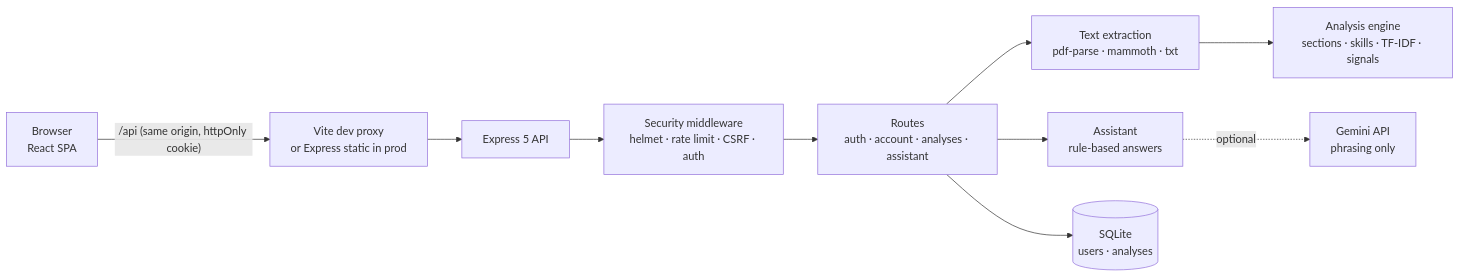
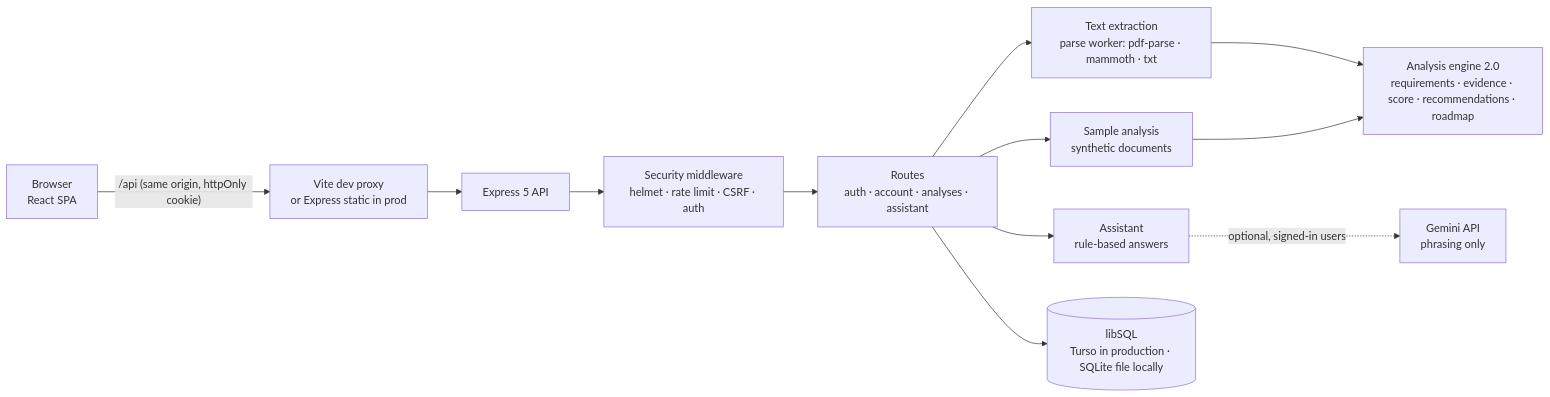
The diagram in docs/ARCHITECTURE.md (Archiit-jain/SKILL-TO-HIRE-V2), drawn with Mermaid before and after one commit. The commit also changed other lines of this file and 25 other files, not shown here.

````diff
--- a/docs/ARCHITECTURE.md
+++ b/docs/ARCHITECTURE.md
@@ -5,12 +5,14 @@
 ```mermaid
 flowchart LR
   B[Browser<br/>React SPA] -- "/api (same origin, httpOnly cookie)" --> V[Vite dev proxy<br/>or Express static in prod]
   V --> E[Express 5 API]
   E --> M[Security middleware<br/>helmet · rate limit · CSRF · auth]
   M --> R[Routes<br/>auth · account · analyses · assistant]
-  R --> X[Text extraction<br/>pdf-parse · mammoth · txt]
-  X --> A[Analysis engine<br/>sections · skills · TF-IDF · signals]
+  R --> X[Text extraction<br/>parse worker: pdf-parse · mammoth · txt]
+  X --> A[Analysis engine 2.0<br/>requirements · evidence · score · recommendations · roadmap]
+  R --> DM[Sample analysis<br/>synthetic documents]
+  DM --> A
   R --> AS[Assistant<br/>rule-based answers]
-  AS -. optional .-> G[Gemini API<br/>phrasing only]
-  R --> D[(SQLite<br/>users · analyses)]
+  AS -. optional, signed-in users .-> G[Gemini API<br/>phrasing only]
+  R --> D[(libSQL<br/>Turso in production · SQLite file locally)]
 ```
````
